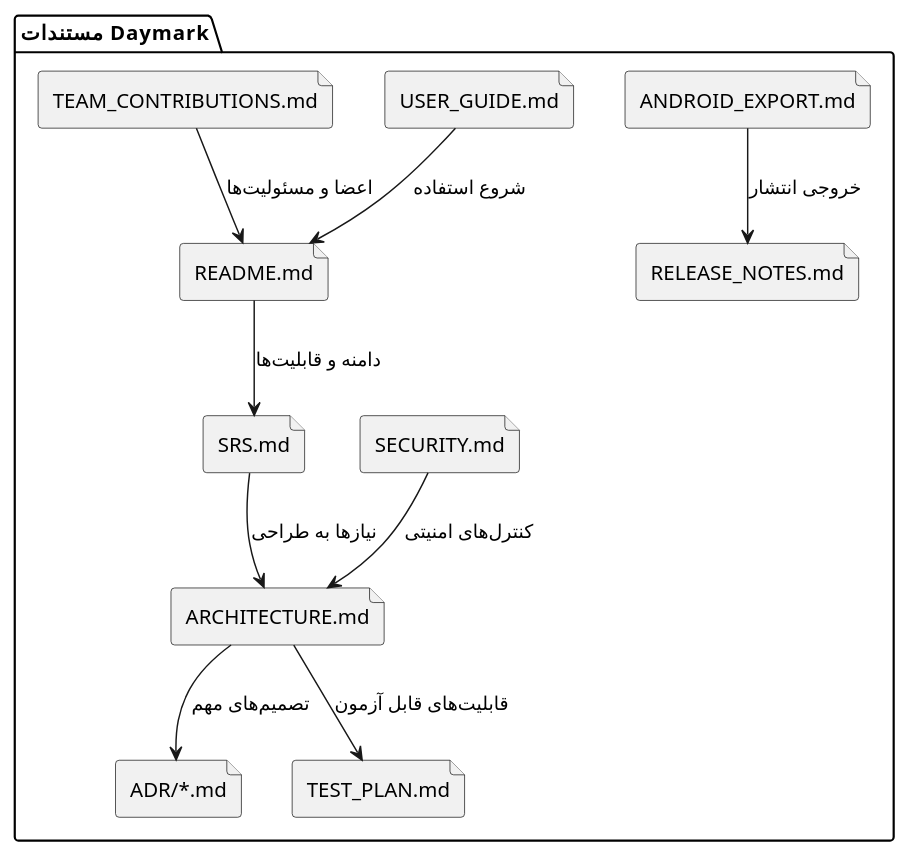
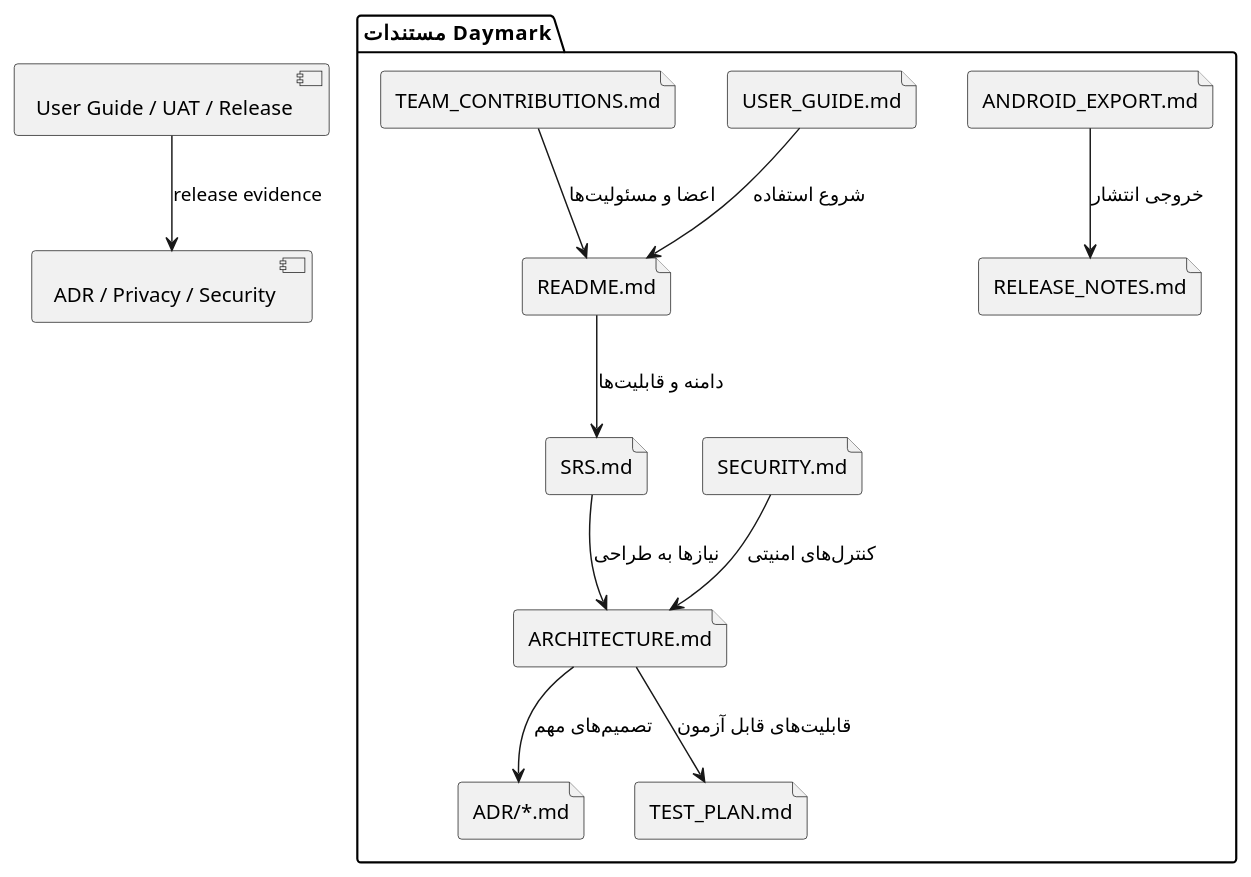
Before and after one commit to phoenix-0011/Daymark: the diagram in docs/diagrams/10_documentation_map.puml, drawn with PlantUML. The commit also changed 61 other files, not shown here.

```diff
--- a/docs/diagrams/10_documentation_map.puml
+++ b/docs/diagrams/10_documentation_map.puml
@@ -1,23 +1,26 @@
 @startuml
 folder "مستندات Daymark" {
   file "README.md" as Readme
   file "SRS.md" as SRS
   file "ARCHITECTURE.md" as Arch
   file "ADR/*.md" as ADR
   file "TEST_PLAN.md" as Test
   file "ANDROID_EXPORT.md" as Android
   file "RELEASE_NOTES.md" as Release
   file "USER_GUIDE.md" as User
   file "SECURITY.md" as Security
   file "TEAM_CONTRIBUTIONS.md" as Team
 }
 
 Readme --> SRS : دامنه و قابلیت‌ها
 SRS --> Arch : نیازها به طراحی
 Arch --> ADR : تصمیم‌های مهم
 Arch --> Test : قابلیت‌های قابل آزمون
 Android --> Release : خروجی انتشار
 User --> Readme : شروع استفاده
 Security --> Arch : کنترل‌های امنیتی
 Team --> Readme : اعضا و مسئولیت‌ها
+component "User Guide / UAT / Release" as Evidence
+component "ADR / Privacy / Security" as Governance
+Evidence --> Governance : release evidence
 @enduml
```
